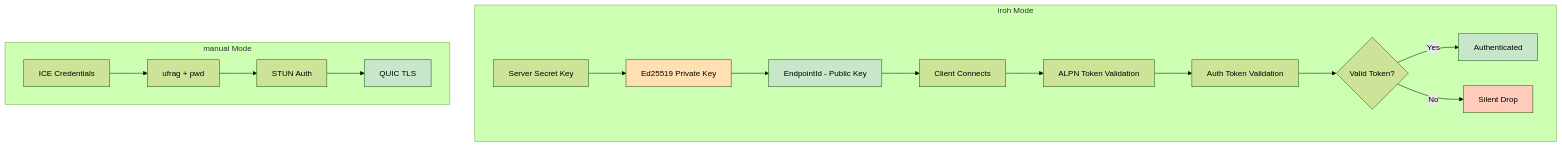
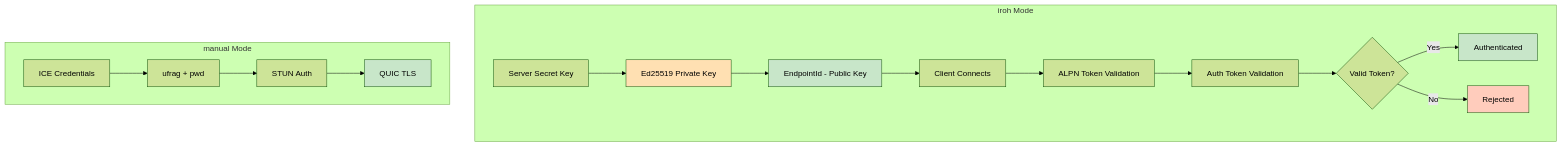
Before and after one commit to andrewtheguy/tunnel-rs: diagram 14 of 23 in docs/ARCHITECTURE.md, drawn with Mermaid (forest theme). The commit also changed other lines of this file and 5 other files, not shown here.

````diff
--- a/docs/ARCHITECTURE.md
+++ b/docs/ARCHITECTURE.md
@@ -622,25 +622,25 @@
 ```mermaid
 graph TB
     subgraph "iroh Mode"
         A[Server Secret Key] --> B[Ed25519 Private Key]
         B --> C[EndpointId - Public Key]
         C --> D[Client Connects]
         D --> D2[ALPN Token Validation]
         D2 --> E[Auth Token Validation]
         E --> F{Valid Token?}
         F -->|Yes| G[Authenticated]
-        F -->|No| H[Silent Drop]
+        F -->|No| H[Rejected]
     end
 
     subgraph "manual Mode"
         I[ICE Credentials] --> J[ufrag + pwd]
         J --> K[STUN Auth]
         K --> L[QUIC TLS]
     end
 
     style B fill:#FFE0B2
     style C fill:#C8E6C9
     style G fill:#C8E6C9
     style H fill:#FFCCBC
     style L fill:#C8E6C9
 ```
````
